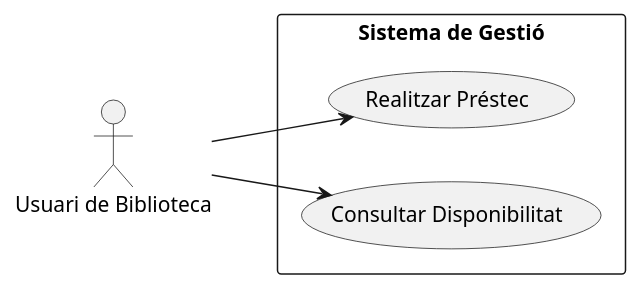
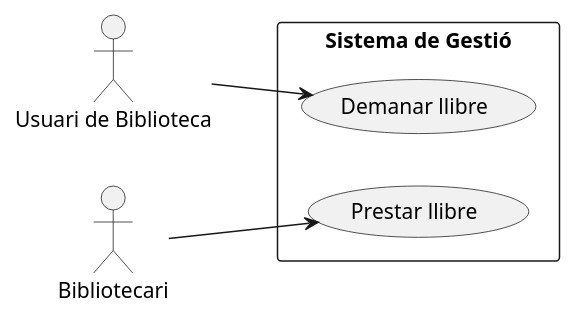
One commit to jraichs01/exemple_UML_Sequencia changed the diagram in Activitat 6.3_A_Prestec_Biblioteca/UML_A6_3_Casos_us.puml. Above: the diagram before and after it, drawn with PlantUML. The commit also changed 10 other files, not shown here.

```diff
--- a/Activitat 6.3_A_Prestec_Biblioteca/UML_A6_3_Casos_us.puml
+++ b/Activitat 6.3_A_Prestec_Biblioteca/UML_A6_3_Casos_us.puml
@@ -1,12 +1,14 @@
 @startuml
 left to right direction
 actor "Usuari de Biblioteca" as user
+actor "Bibliotecari" as librarian
 
 rectangle "Sistema de Gestió" {
-  usecase "Realitzar Préstec" as UC1
-  usecase "Consultar Disponibilitat" as UC2
+  usecase "Demanar llibre" as UC1
+  usecase "Prestar llibre" as UC2
+
 }
 
 user --> UC1
-user --> UC2
+librarian --> UC2
 @enduml
```
